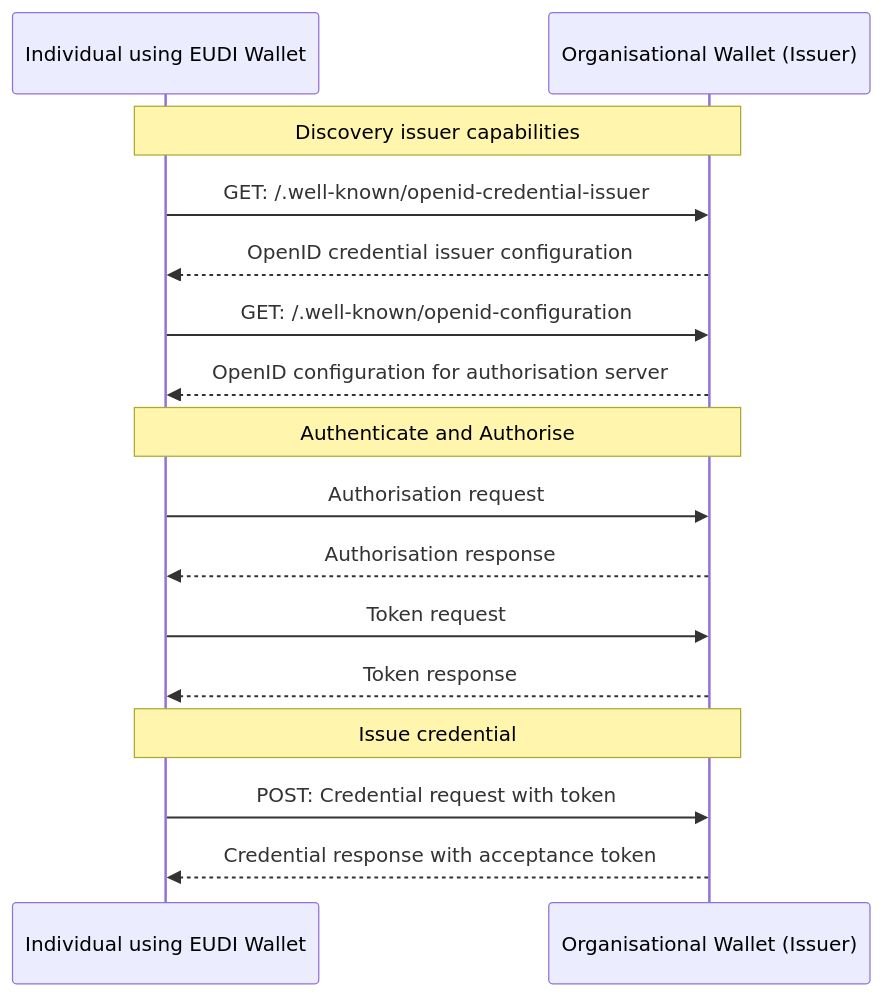
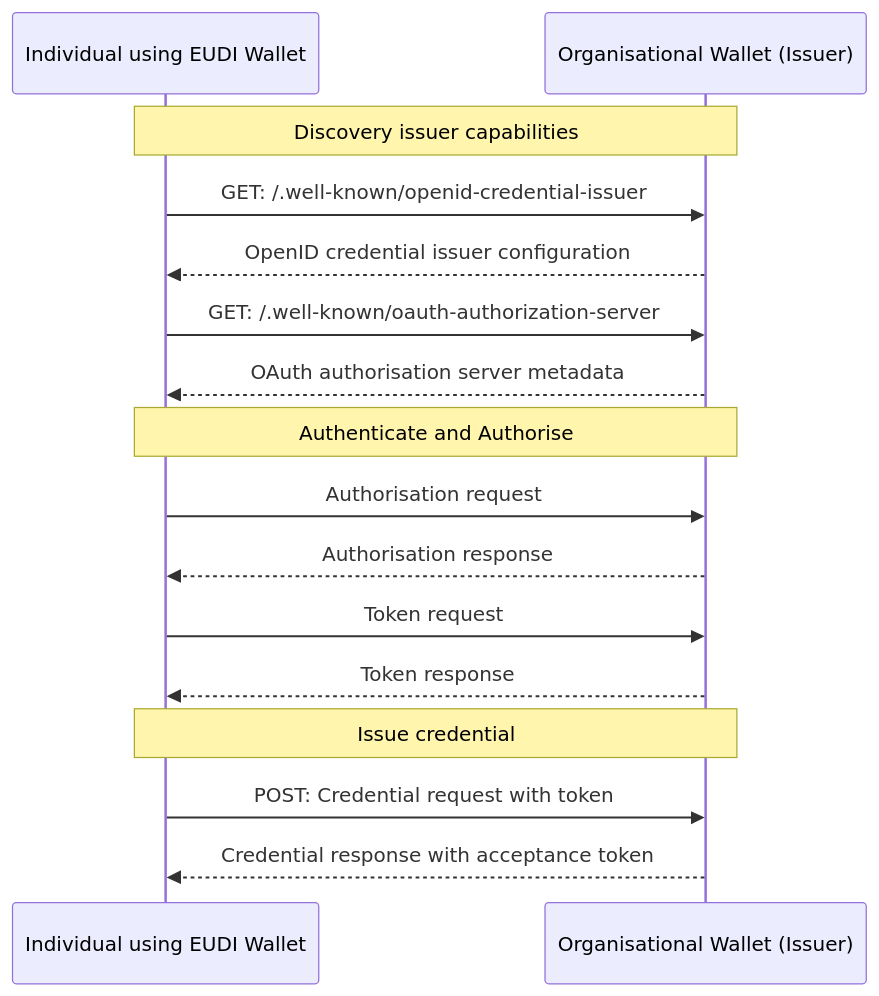
The first of 2 diagrams in ewc-rfc001-issue-verifiable-credential.md (EWC-consortium/eudi-wallet-rfcs), drawn with Mermaid before and after one commit. The commit also changed other lines of this file, not shown here.

Commit message:
replace /.well-known/openid-configuration with /.well-known/oauth-authorization-server

````diff
--- a/ewc-rfc001-issue-verifiable-credential.md
+++ b/ewc-rfc001-issue-verifiable-credential.md
@@ -60,21 +60,21 @@
 ```mermaid
   sequenceDiagram
     participant I as Individual using EUDI Wallet
     participant O as Organisational Wallet (Issuer)
 
     Note over I,O: Discovery issuer capabilities
     I->>O: GET: /.well-known/openid-credential-issuer
     O-->>I: OpenID credential issuer configuration
-    I->>O: GET: /.well-known/openid-configuration
-    O-->>I: OpenID configuration for authorisation server
+    I->>O: GET: /.well-known/oauth-authorization-server
+    O-->>I: OAuth authorisation server metadata
 
     Note over I,O: Authenticate and Authorise
     I->>O: Authorisation request
     O-->>I: Authorisation response
     I->>O: Token request
     O-->>I: Token response
 
     Note over I,O: Issue credential
     I->>O: POST: Credential request with token
     O-->>I: Credential response with acceptance token
 ```
````
